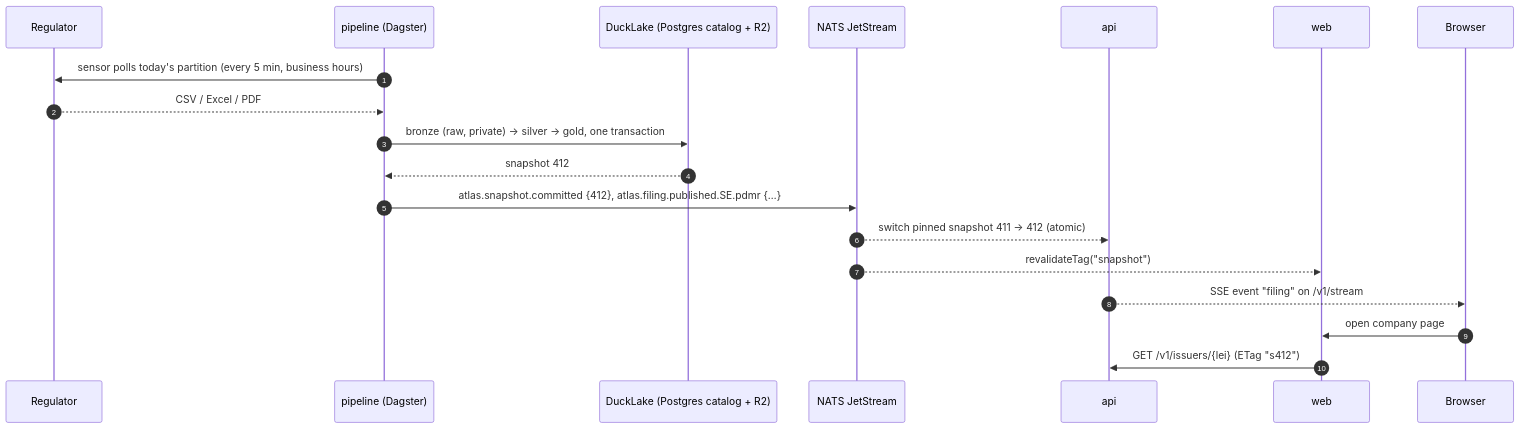
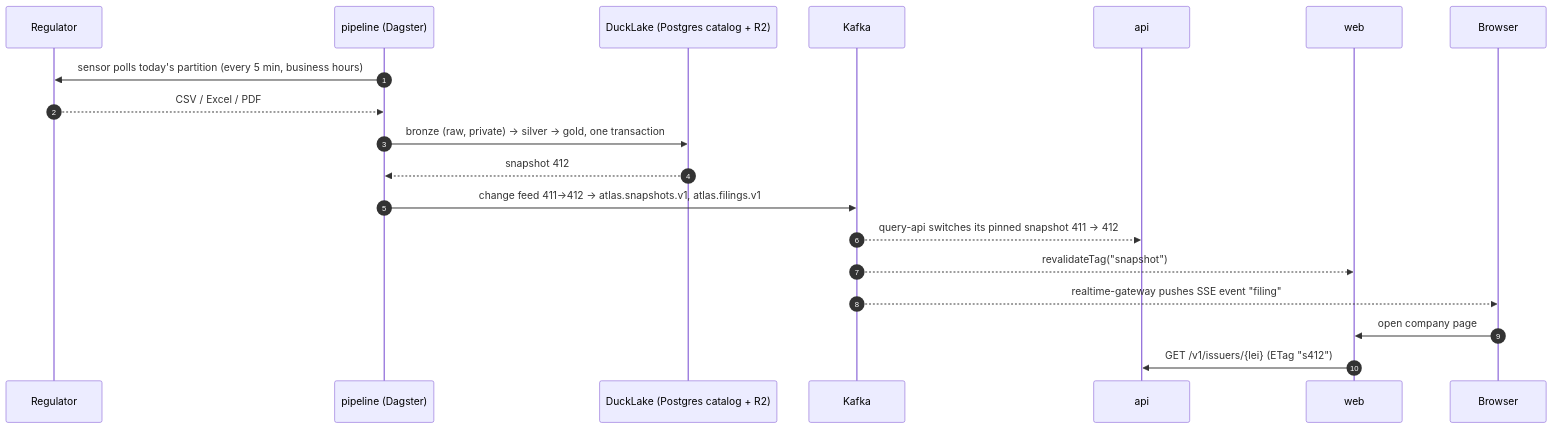
Before and after one commit to Manuelma4/eu-disclosure-atlas: the third of 3 diagrams in docs/architecture.md, drawn with Mermaid. The commit also changed other lines of this file and 12 other files, not shown here.

First line of the commit message:
Architecture v2: microservices, Kafka, Kubernetes GitOps, security and SLOs

````diff
--- a/docs/architecture.md
+++ b/docs/architecture.md
@@ -94,21 +107,21 @@
 ```mermaid
 sequenceDiagram
     autonumber
     participant R as Regulator
     participant D as pipeline (Dagster)
     participant L as DuckLake (Postgres catalog + R2)
-    participant N as NATS JetStream
+    participant N as Kafka
     participant A as api
     participant W as web
     participant U as Browser
     D->>R: sensor polls today's partition (every 5 min, business hours)
     R-->>D: CSV / Excel / PDF
     D->>L: bronze (raw, private) → silver → gold, one transaction
     L-->>D: snapshot 412
-    D->>N: atlas.snapshot.committed {412}, atlas.filing.published.SE.pdmr {…}
-    N-->>A: switch pinned snapshot 411 → 412 (atomic)
+    D->>N: change feed 411→412 → atlas.snapshots.v1, atlas.filings.v1
+    N-->>A: query-api switches its pinned snapshot 411 → 412
     N-->>W: revalidateTag("snapshot")
-    A-->>U: SSE event "filing" on /v1/stream
+    N-->>U: realtime-gateway pushes SSE event "filing"
     U->>W: open company page
     W->>A: GET /v1/issuers/{lei} (ETag "s412")
 ```
````
